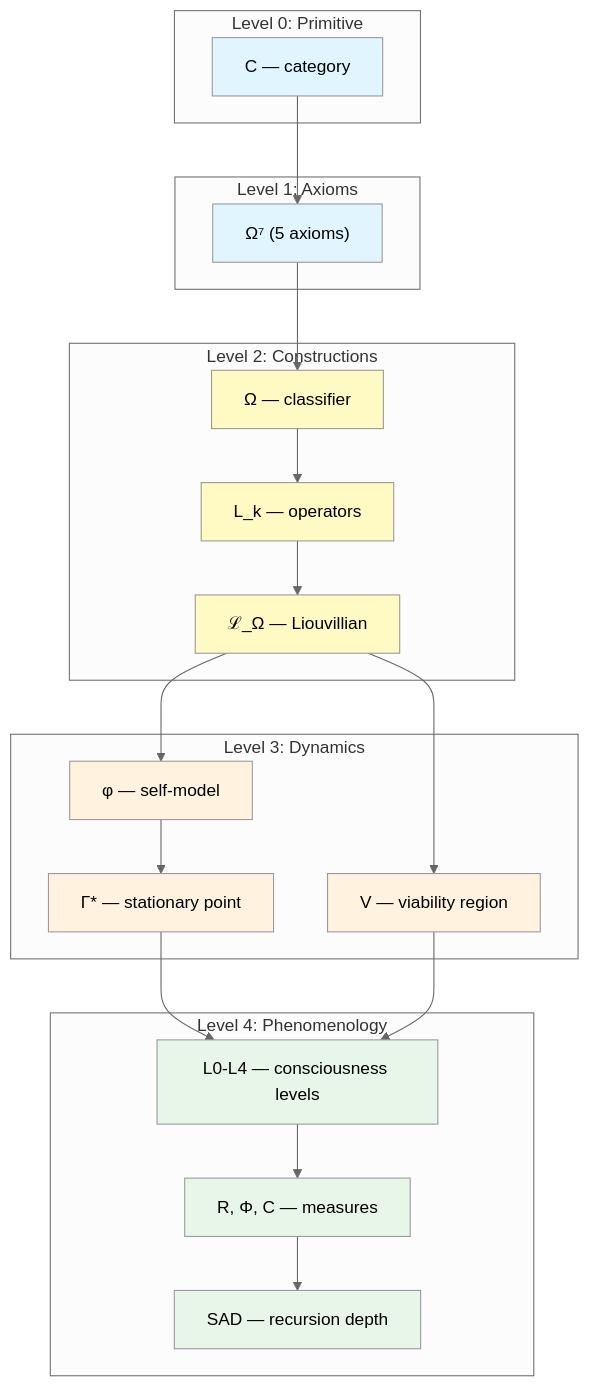
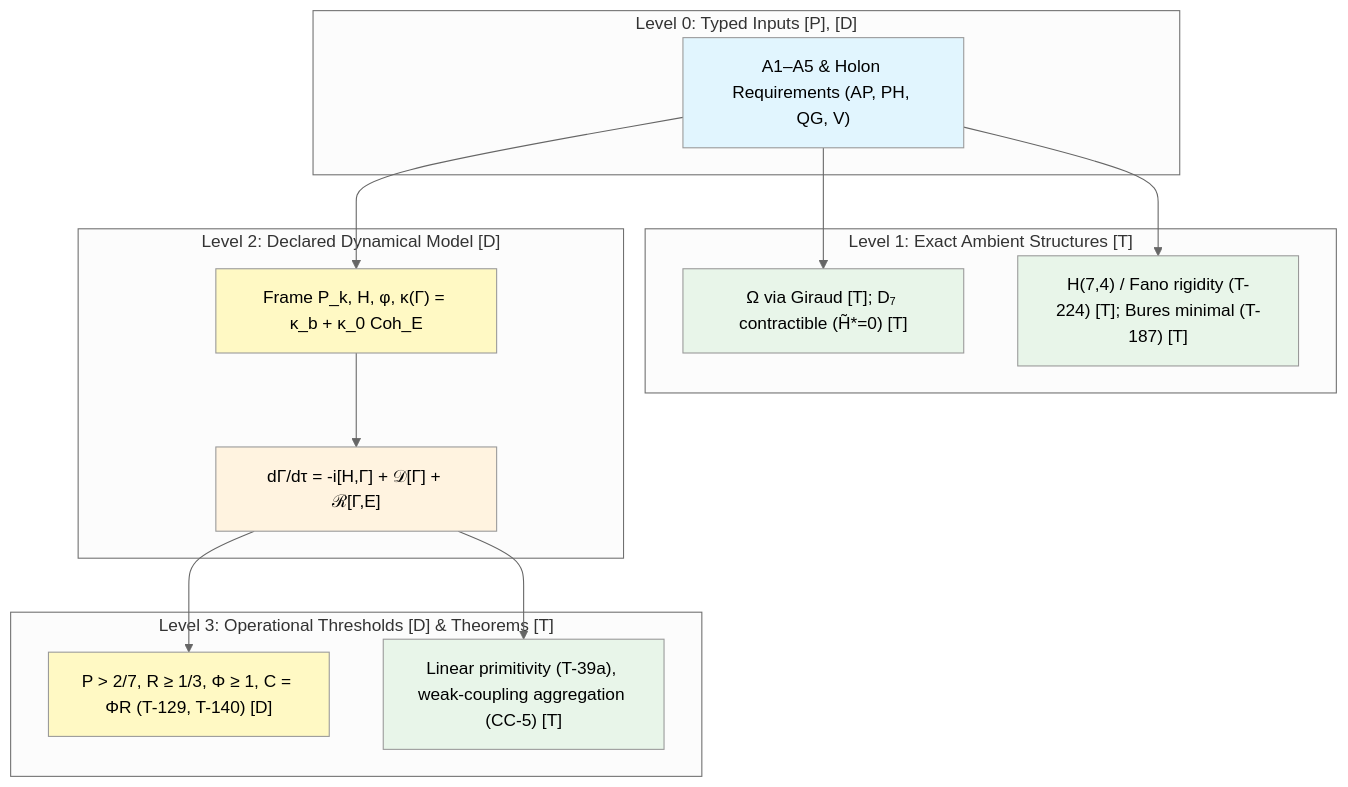
One commit to gst-st/uhm changed the third of 3 diagrams in website/docs/applied/coherence-cybernetics/axiomatics.md. Above: the diagram before and after it, drawn with Mermaid (neutral theme). The commit also changed other lines of this file and 376 other files, not shown here.

First line of the commit message:
Refactor UHM canon, decontaminate architecture, and verify EN/RU parity

````diff
--- a/website/docs/applied/coherence-cybernetics/axiomatics.md
+++ b/website/docs/applied/coherence-cybernetics/axiomatics.md
@@ -530,48 +378,33 @@
 ```mermaid
 graph TD
-    subgraph "Level 0: Primitive"
-        C["C — category"]
+    subgraph "Level 0: Typed Inputs [P], [D]"
+        AX["A1–A5 & Holon Requirements (AP, PH, QG, V)"]
     end
-    subgraph "Level 1: Axioms"
-        AX["Ω⁷ (5 axioms)"]
+    subgraph "Level 1: Exact Ambient Structures [T]"
+        OM["Ω via Giraud [T]; D₇ contractible (H̃*=0) [T]"]
+        FANO["H(7,4) / Fano rigidity (T-224) [T]; Bures minimal (T-187) [T]"]
     end
-    subgraph "Level 2: Constructions"
-        OM["Ω — classifier"]
-        LK["L_k — operators"]
-        EV["ℒ_Ω — Liouvillian"]
+    subgraph "Level 2: Declared Dynamical Model [D]"
+        OPS["Frame P_k, H, φ, κ(Γ) = κ_b + κ_0 Coh_E"]
+        EV["dΓ/dτ = -i[H,Γ] + 𝒟[Γ] + ℛ[Γ,E]"]
     end
-    subgraph "Level 3: Dynamics"
-        PHI["φ — self-model"]
-        FP["Γ* — stationary point"]
-        VIA["V — viability region"]
-    end
-    subgraph "Level 4: Phenomenology"
-        CON["L0-L4 — consciousness levels"]
-        REF["R, Φ, C — measures"]
-        SAD["SAD — recursion depth"]
+    subgraph "Level 3: Operational Thresholds [D] & Theorems [T]"
+        THR["P > 2/7, R ≥ 1/3, Φ ≥ 1, C = ΦR (T-129, T-140) [D]"]
+        COMP["Linear primitivity (T-39a), weak-coupling aggregation (CC-5) [T]"]
     end
 
-    C --> AX
     AX --> OM
-    OM --> LK
-    LK --> EV
-    EV --> PHI
-    PHI --> FP
-    EV --> VIA
-    FP --> CON
-    VIA --> CON
-    CON --> REF
-    REF --> SAD
+    AX --> FANO
+    AX --> OPS
+    OPS --> EV
+    EV --> THR
+    EV --> COMP
 
-    style C fill:#e1f5fe
     style AX fill:#e1f5fe
-    style OM fill:#fff9c4
-    style LK fill:#fff9c4
-    style EV fill:#fff9c4
-    style PHI fill:#fff3e0
-    style FP fill:#fff3e0
-    style VIA fill:#fff3e0
-    style CON fill:#e8f5e9
-    style REF fill:#e8f5e9
-    style SAD fill:#e8f5e9
+    style OM fill:#e8f5e9
+    style FANO fill:#e8f5e9
+    style OPS fill:#fff9c4
+    style EV fill:#fff3e0
+    style THR fill:#fff9c4
+    style COMP fill:#e8f5e9
 ```
````
